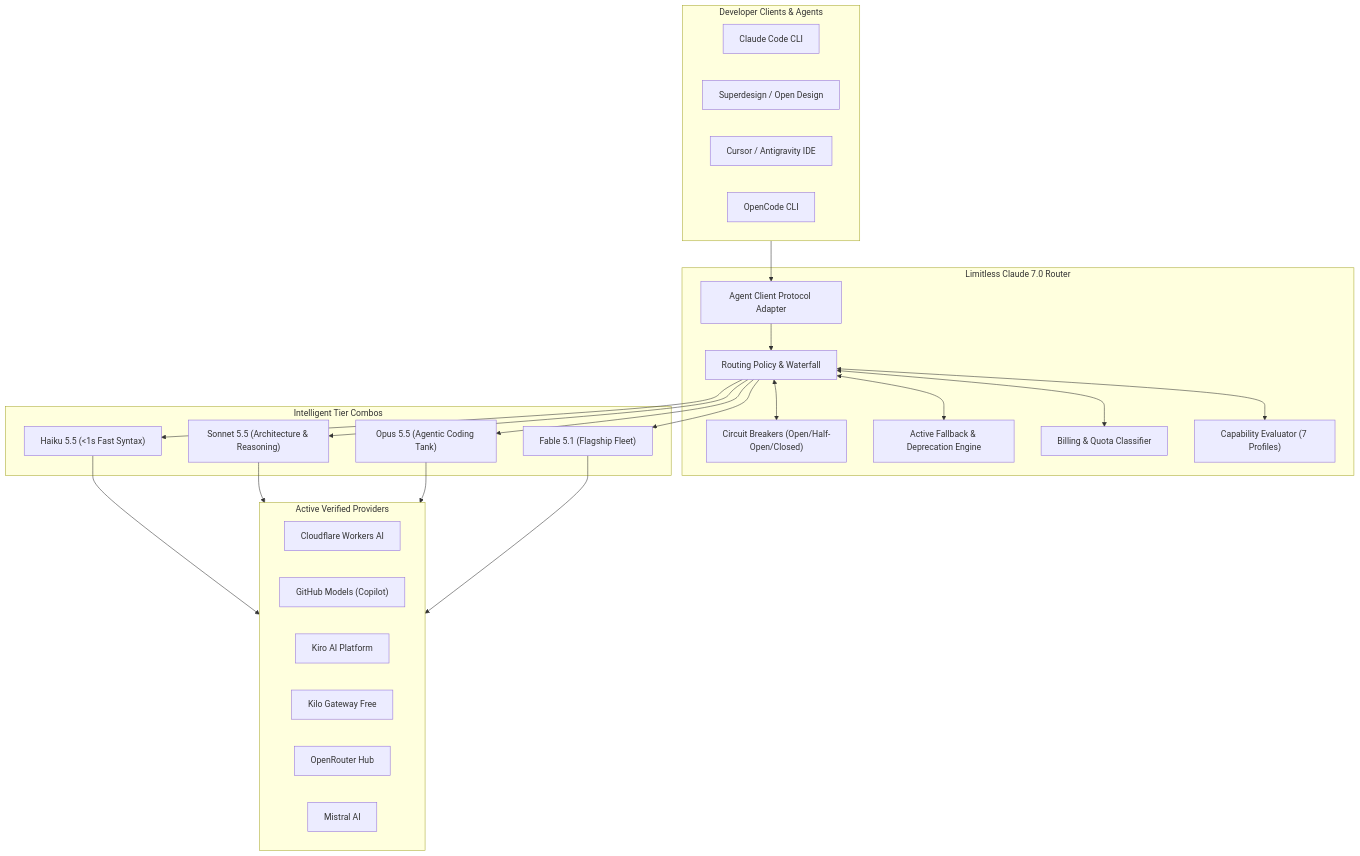
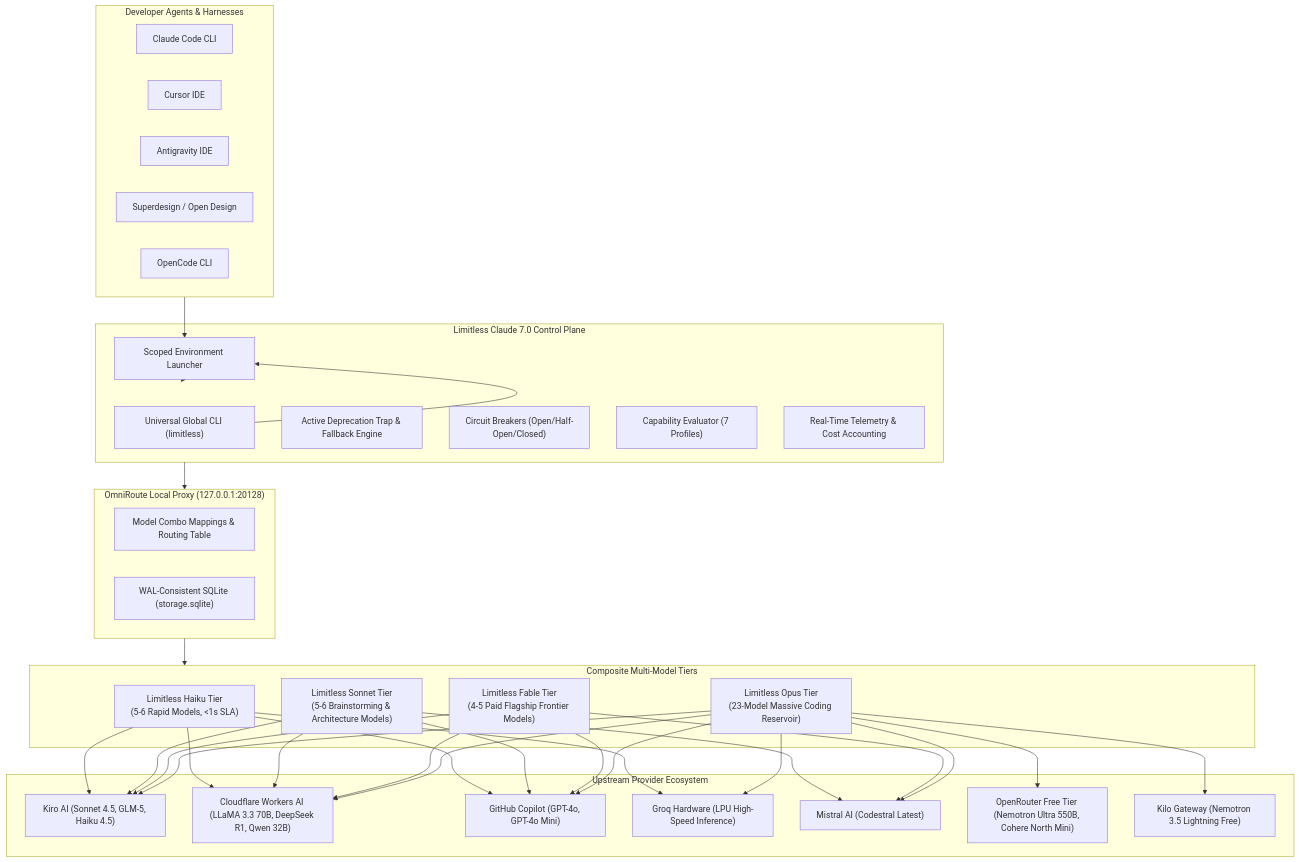
Before and after one commit to mahik504/limitless-claude: the diagram in README.md, drawn with Mermaid. The commit also changed other lines of this file and 5 other files, not shown here.

Commit message:
feat(release): optimize 4-tier model allocation and publish star-worthy README

````diff
--- a/README.md
+++ b/README.md
@@ -110,49 +51,51 @@
 ```mermaid
 flowchart TD
-    subgraph Clients["Developer Clients & Agents"]
-        CLI["Claude Code CLI"]
+    subgraph Clients["Developer Agents & Harnesses"]
+        CC["Claude Code CLI"]
+        CUR["Cursor IDE"]
+        AGY["Antigravity IDE"]
         SD["Superdesign / Open Design"]
-        IDE["Cursor / Antigravity IDE"]
         OC["OpenCode CLI"]
     end
 
-    subgraph RouterCore["Limitless Claude 7.0 Router"]
-        ACM["Agent Client Protocol Adapter"]
-        ROUTER["Routing Policy & Waterfall"]
+    subgraph Core["Limitless Claude 7.0 Control Plane"]
+        CLI_BIN["Universal Global CLI (limitless)"]
+        LAUNCHER["Scoped Environment Launcher"]
+        FBE["Active Deprecation Trap & Fallback Engine"]
         CB["Circuit Breakers (Open/Half-Open/Closed)"]
-        FBE["Active Fallback & Deprecation Engine"]
-        BC["Billing & Quota Classifier"]
         CE["Capability Evaluator (7 Profiles)"]
+        TEL["Real-Time Telemetry & Cost Accounting"]
     end
 
-    subgraph Combos["Intelligent Tier Combos"]
-        H["Haiku 5.5 (<1s Fast Syntax)"]
-        S["Sonnet 5.5 (Architecture & Reasoning)"]
-        O["Opus 5.5 (Agentic Coding Tank)"]
-        F["Fable 5.1 (Flagship Fleet)"]
+    subgraph Gateway["OmniRoute Local Proxy (127.0.0.1:20128)"]
+        MAP["Model Combo Mappings & Routing Table"]
+        SQL["WAL-Consistent SQLite (storage.sqlite)"]
     end
 
-    subgraph Upstream["Active Verified Providers"]
-        P_CF["Cloudflare Workers AI"]
-        P_GH["GitHub Models (Copilot)"]
-        P_KR["Kiro AI Platform"]
-        P_KG["Kilo Gateway Free"]
-        P_OR["OpenRouter Hub"]
-        P_MIST["Mistral AI"]
+    subgraph Tiers["Composite Multi-Model Tiers"]
+        H["Limitless Haiku Tier\n(5-6 Rapid Models, <1s SLA)"]
+        S["Limitless Sonnet Tier\n(5-6 Brainstorming & Architecture Models)"]
+        F["Limitless Fable Tier\n(4-5 Paid Flagship Frontier Models)"]
+        O["Limitless Opus Tier\n(23-Model Massive Coding Reservoir)"]
     end
 
-    Clients --> ACM
-    ACM --> ROUTER
-    ROUTER <--> CB
-    ROUTER <--> FBE
-    ROUTER <--> BC
-    ROUTER <--> CE
-    ROUTER --> H
-    ROUTER --> S
-    ROUTER --> O
-    ROUTER --> F
-    H --> Upstream
-    S --> Upstream
-    O --> Upstream
-    F --> Upstream
+    subgraph Providers["Upstream Provider Ecosystem"]
+        P_KR["Kiro AI (Sonnet 4.5, GLM-5, Haiku 4.5)"]
+        P_CF["Cloudflare Workers AI (LLaMA 3.3 70B, DeepSeek R1, Qwen 32B)"]
+        P_GH["GitHub Copilot (GPT-4o, GPT-4o Mini)"]
+        P_GQ["Groq Hardware (LPU High-Speed Inference)"]
+        P_MS["Mistral AI (Codestral Latest)"]
+        P_OR["OpenRouter Free Tier (Nemotron Ultra 550B, Cohere North Mini)"]
+        P_KG["Kilo Gateway (Nemotron 3.5 Lightning Free)"]
+    end
+
+    Clients --> LAUNCHER
+    CLI_BIN --> LAUNCHER
+    LAUNCHER --> Core
+    Core --> Gateway
+    Gateway --> Tiers
+    H --> P_KR & P_CF & P_GH & P_GQ
+    S --> P_KR & P_CF & P_GH & P_MS
+    F --> P_GH & P_KR & P_CF & P_MS
+    O --> P_MS & P_KR & P_CF & P_GH & P_GQ & P_OR & P_KG
 ```
````
